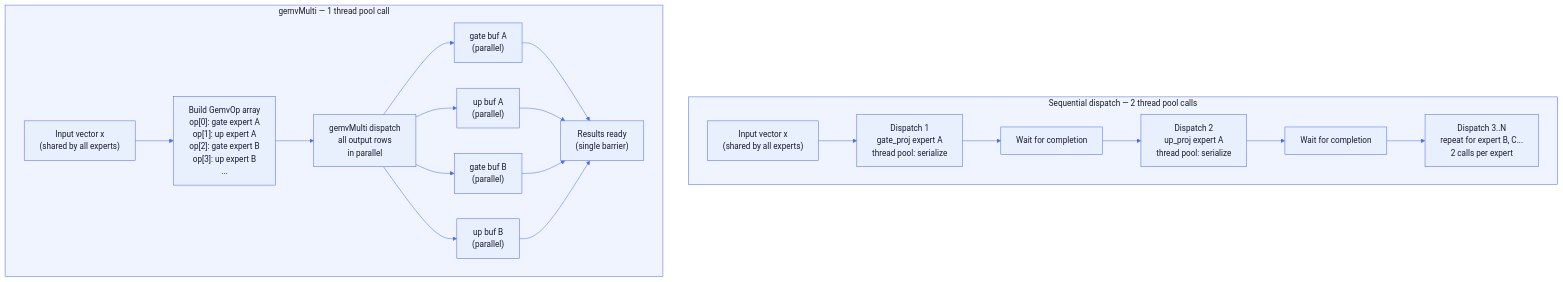
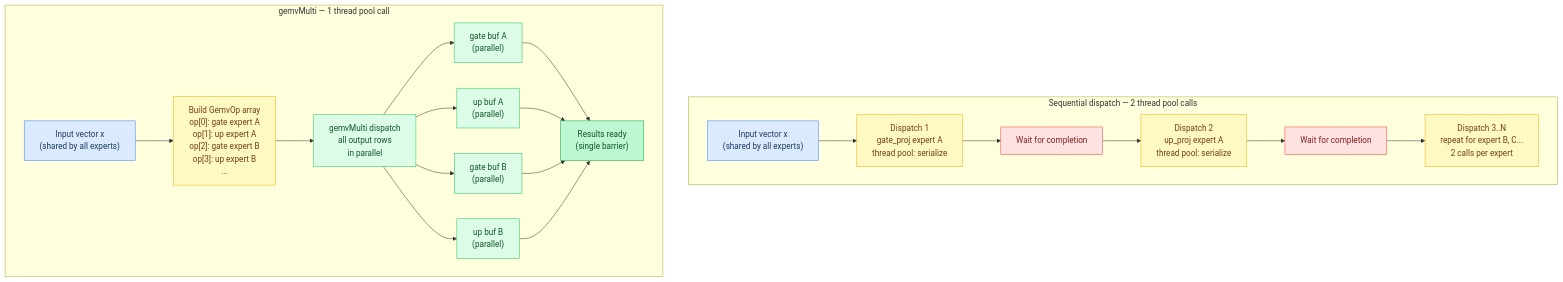
The fifth of 6 diagrams in docs/tutorial/03-feed-forward-networks.md (maci0/agave), drawn with Mermaid before and after one commit. The commit also changed other lines of this file and 24 other files, not shown here.

First line of the commit message:
docs: convert all mermaid diagrams to classDef semantic colors

````diff
--- a/docs/tutorial/03-feed-forward-networks.md
+++ b/docs/tutorial/03-feed-forward-networks.md
@@ -244,37 +248,46 @@
 ```mermaid
-%%{init: {'theme': 'base', 'themeVariables': {
-  'primaryColor': '#e8f0fe',
-  'primaryTextColor': '#1a1a2e',
-  'primaryBorderColor': '#4a6cf7',
-  'lineColor': '#4a6cf7',
-  'secondaryColor': '#f0f4ff',
-  'tertiaryColor': '#f8f9ff',
-  'edgeLabelBackground': '#ffffff',
-  'clusterBkg': '#f0f4ff',
-  'clusterBorder': '#4a6cf7',
-  'titleColor': '#1a1a2e',
-  'nodeTextColor': '#1a1a2e',
-  'fontFamily': 'ui-monospace, SFMono-Regular, monospace'
-}}}%%
 flowchart TD
+    classDef setup     fill:#dbeafe,stroke:#3b82f6,color:#1e3a5f
+    classDef sync      fill:#dcfce7,stroke:#22c55e,color:#14532d
+    classDef migration fill:#fef9c3,stroke:#eab308,color:#713f12
+    classDef success   fill:#bbf7d0,stroke:#16a34a,color:#14532d
+    classDef danger    fill:#fee2e2,stroke:#ef4444,color:#7f1d1d
+    classDef optional  fill:#f3e8ff,stroke:#9333ea,color:#581c87
+
     subgraph Sequential["Sequential dispatch — 2 thread pool calls"]
-        S_in["Input vector x\n(shared by all experts)"] --> S_D1["Dispatch 1\ngate_proj expert A\nthread pool: serialize"]
-        S_D1 --> S_W1["Wait for completion"]
-        S_W1 --> S_D2["Dispatch 2\nup_proj expert A\nthread pool: serialize"]
-        S_D2 --> S_W2["Wait for completion"]
-        S_W2 --> S_D3["Dispatch 3..N\nrepeat for expert B, C...\n2 calls per expert"]
+        S_in["Input vector x\n(shared by all experts)"]:::setup
+        S_D1["Dispatch 1\ngate_proj expert A\nthread pool: serialize"]:::migration
+        S_W1["Wait for completion"]:::danger
+        S_D2["Dispatch 2\nup_proj expert A\nthread pool: serialize"]:::migration
+        S_W2["Wait for completion"]:::danger
+        S_D3["Dispatch 3..N\nrepeat for expert B, C...\n2 calls per expert"]:::migration
+
+        S_in --> S_D1
+        S_D1 --> S_W1
+        S_W1 --> S_D2
+        S_D2 --> S_W2
+        S_W2 --> S_D3
     end
 
     subgraph Batched["gemvMulti — 1 thread pool call"]
-        B_in["Input vector x\n(shared by all experts)"] --> B_ops["Build GemvOp array\nop[0]: gate expert A\nop[1]: up expert A\nop[2]: gate expert B\nop[3]: up expert B\n..."]
-        B_ops --> B_dispatch["gemvMulti dispatch\nall output rows\nin parallel"]
-        B_dispatch --> B_gate_A["gate buf A\n(parallel)"]
-        B_dispatch --> B_up_A["up buf A\n(parallel)"]
-        B_dispatch --> B_gate_B["gate buf B\n(parallel)"]
-        B_dispatch --> B_up_B["up buf B\n(parallel)"]
-        B_gate_A --> B_out["Results ready\n(single barrier)"]
+        B_in["Input vector x\n(shared by all experts)"]:::setup
+        B_ops["Build GemvOp array\nop[0]: gate expert A\nop[1]: up expert A\nop[2]: gate expert B\nop[3]: up expert B\n..."]:::migration
+        B_dispatch["gemvMulti dispatch\nall output rows\nin parallel"]:::sync
+        B_gate_A["gate buf A\n(parallel)"]:::sync
+        B_up_A["up buf A\n(parallel)"]:::sync
+        B_gate_B["gate buf B\n(parallel)"]:::sync
+        B_up_B["up buf B\n(parallel)"]:::sync
+        B_out["Results ready\n(single barrier)"]:::success
+
+        B_in --> B_ops
+        B_ops --> B_dispatch
+        B_dispatch --> B_gate_A
+        B_dispatch --> B_up_A
+        B_dispatch --> B_gate_B
+        B_dispatch --> B_up_B
+        B_gate_A --> B_out
         B_up_A --> B_out
         B_gate_B --> B_out
         B_up_B --> B_out
     end
 ```
````
